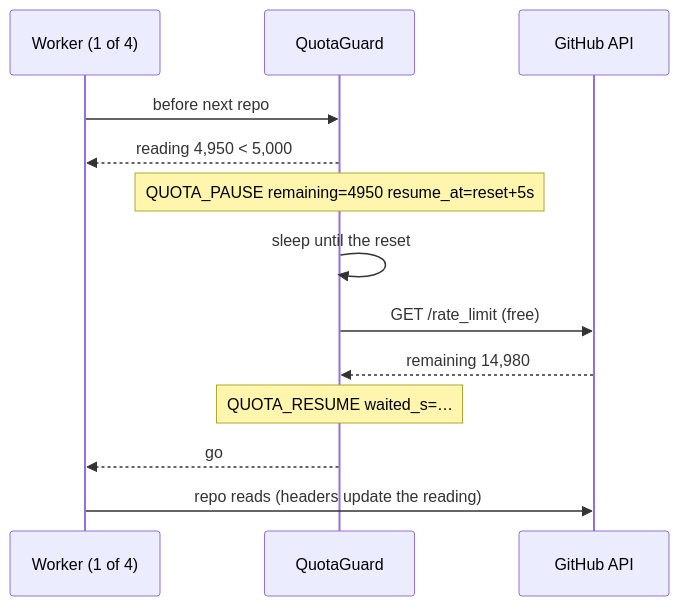
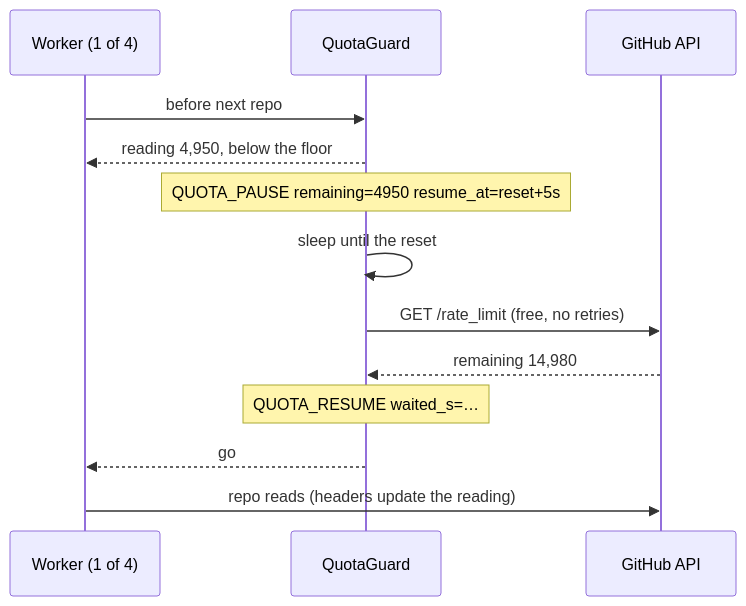
One commit to tomtom-forks/safe-settings changed the fourth of 4 diagrams in docs/sdlc/changes/2026-11-23-cron-sync-quota/change-design.md. Above: the diagram before and after it, drawn with Mermaid. The commit also changed other lines of this file and 1 other file, not shown here.

````diff
--- a/docs/sdlc/changes/2026-11-23-cron-sync-quota/change-design.md
+++ b/docs/sdlc/changes/2026-11-23-cron-sync-quota/change-design.md
@@ -287,15 +301,15 @@
 ```mermaid
 sequenceDiagram
   participant W as Worker (1 of 4)
   participant G as QuotaGuard
   participant GH as GitHub API
   W->>G: before next repo
-  G-->>W: reading 4,950 < 5,000
+  G-->>W: reading 4,950, below the floor
   Note over G: QUOTA_PAUSE remaining=4950 resume_at=reset+5s
   G->>G: sleep until the reset
-  G->>GH: GET /rate_limit (free)
+  G->>GH: GET /rate_limit (free, no retries)
   GH-->>G: remaining 14,980
   Note over G: QUOTA_RESUME waited_s=…
   G-->>W: go
   W->>GH: repo reads (headers update the reading)
 ```
````
